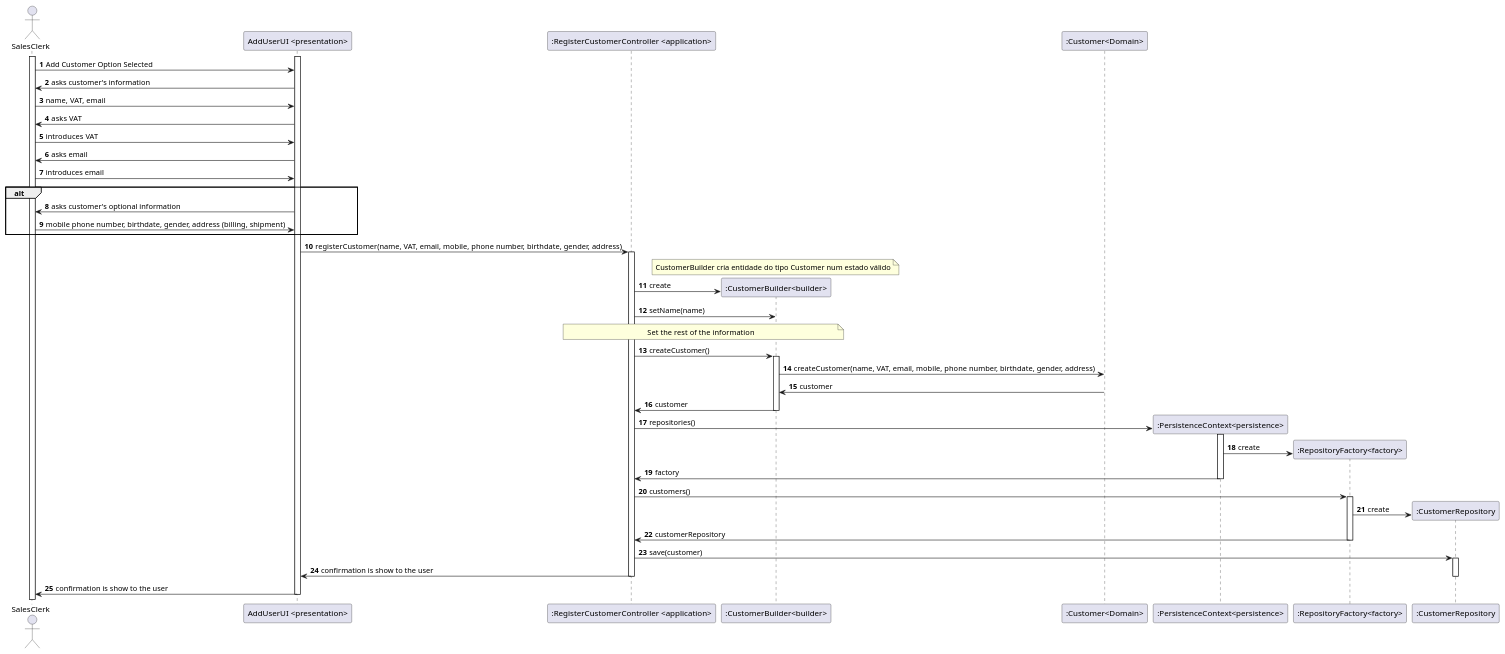
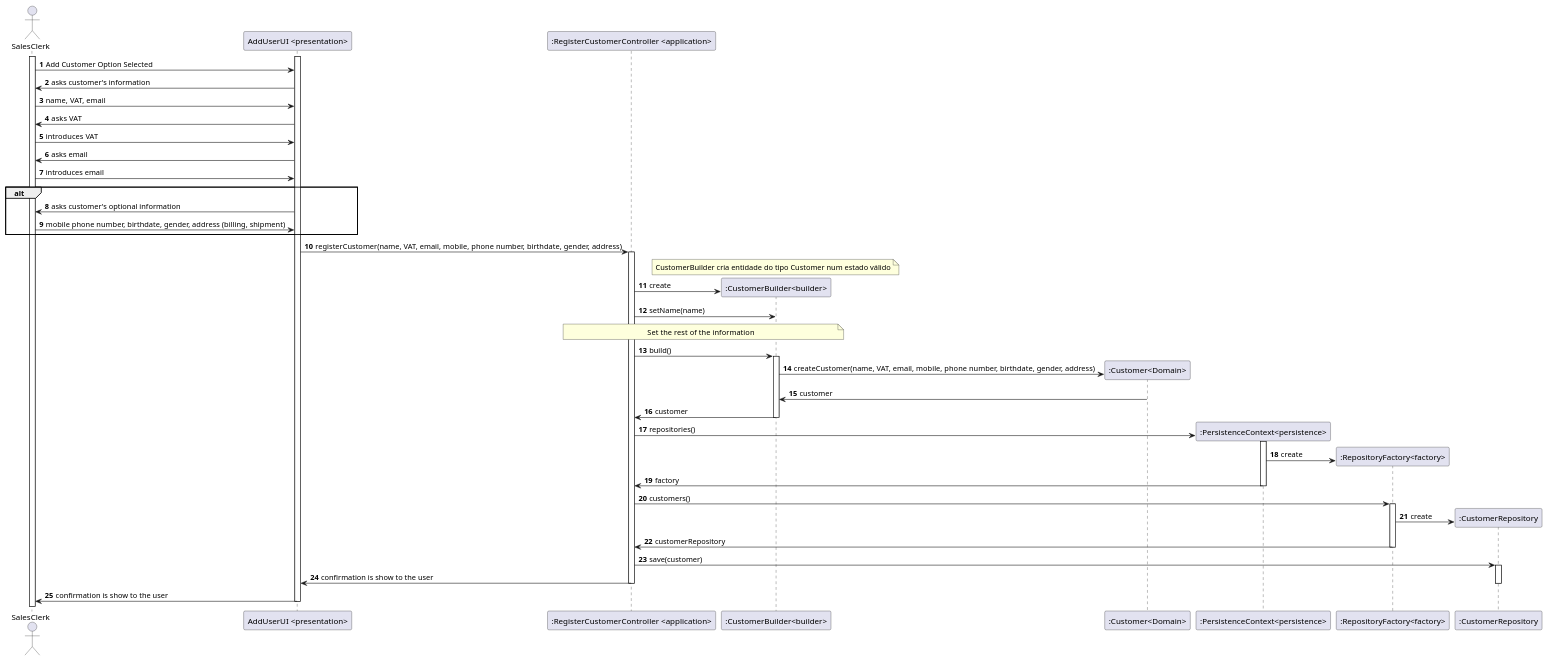
Before and after one commit to RuiRioPina/LAPR4-21-22: the diagram in docs/1201568/US1003/Diagramas/sd.puml, drawn with PlantUML. The commit also changed 1 other file, not shown here.

Commit message:
#12 [US1003] [Testing] Changed the name in a method from createCustomer() to build(), since it is a method by the Builder.

```diff
--- a/docs/1201568/US1003/Diagramas/sd.puml
+++ b/docs/1201568/US1003/Diagramas/sd.puml
@@ -1,77 +1,77 @@
 @startuml
 autonumber
 actor "SalesClerk" as SC
 
 participant  "AddUserUI <presentation>" as SYS
 participant ":RegisterCustomerController <application>" as CTRL
 participant ":CustomerBuilder<builder>" as CSB
 participant ":Customer<Domain>" as CUS
 participant ":PersistenceContext<persistence>" as PC
 participant ":RepositoryFactory<factory>" as RF
 participant ":CustomerRepository" as CR
 
 
 
 
 activate SC
 activate SYS
 
 SC-> SYS: Add Customer Option Selected
 SYS-> SC: asks customer's information
 
 SC-> SYS: name, VAT, email
 
 SYS-> SC: asks VAT
 SC-> SYS: introduces VAT
 SYS-> SC: asks email
 SC-> SYS: introduces email
 
 alt
 SYS-> SC: asks customer's optional information
 SC-> SYS: mobile phone number, birthdate, gender, address (billing, shipment)
 
 
 end alt
 
 
 SYS-> CTRL : registerCustomer(name, VAT, email, mobile, phone number, birthdate, gender, address)
 note over CSB: CustomerBuilder cria entidade do tipo Customer num estado válido
 activate CTRL
 CTRL-> CSB **: create
 
 CTRL-> CSB: setName(name)
 
 
 note over CTRL, CSB:Set the  rest of the information
-CTRL-> CSB: createCustomer()
+CTRL-> CSB: build()
 activate CSB
-CSB -> CUS : createCustomer(name, VAT, email, mobile, phone number, birthdate, gender, address)
+CSB -> CUS** : createCustomer(name, VAT, email, mobile, phone number, birthdate, gender, address)
 CUS -> CSB: customer
 
 CSB -> CTRL: customer
 deactivate CSB
 
 CTRL-> PC**: repositories()
 activate PC
 PC-> RF**: create
 PC-> CTRL: factory
 deactivate PC
 
 CTRL-> RF: customers()
 activate RF
 RF->CR**: create
 
 RF->CTRL: customerRepository
 deactivate RF
 CTRL->CR: save(customer)
 
 deactivate PC
 activate CR
 
 CTRL -> SYS: confirmation is show to the user
 deactivate CR
 deactivate CTRL
 
 SYS-> SC: confirmation is show to the user
 deactivate SYS
 @enduml
```
